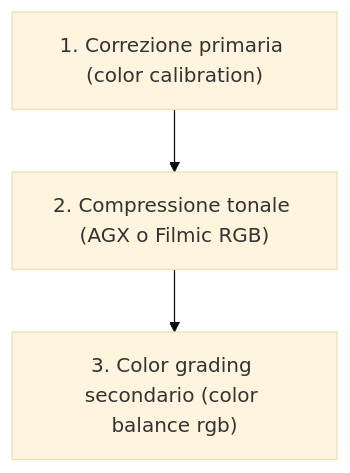
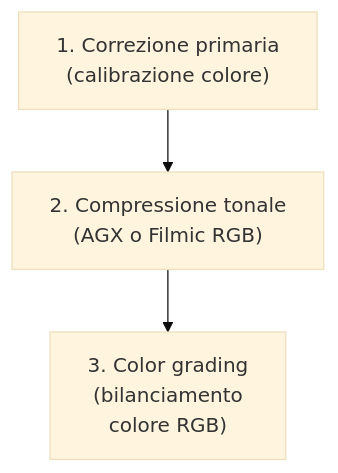
One commit to lorenzoperone/darktable-docs changed the diagram in docs/modules/color-balance-rgb.md. Above: the diagram before and after it, drawn with Mermaid (base theme). The commit also changed 40 other files, not shown here.

First line of the commit message:
fix: reformatta diagrammi Mermaid — etichette brevi, break line, italiano

````diff
--- a/docs/modules/color-balance-rgb.md
+++ b/docs/modules/color-balance-rgb.md
@@ -23,4 +23,4 @@
 ```mermaid
 flowchart TD
-    A["1. Correzione primaria (color calibration)"] --> B["2. Compressione tonale (AGX o Filmic RGB)"] --> C["3. Color grading secondario (color balance rgb)"]
+    A["1. Correzione primaria<br/>(calibrazione colore)"] --> B["2. Compressione tonale<br/>(AGX o Filmic RGB)"] --> C["3. Color grading<br/>(bilanciamento<br/>colore RGB)"]
 ```
````
